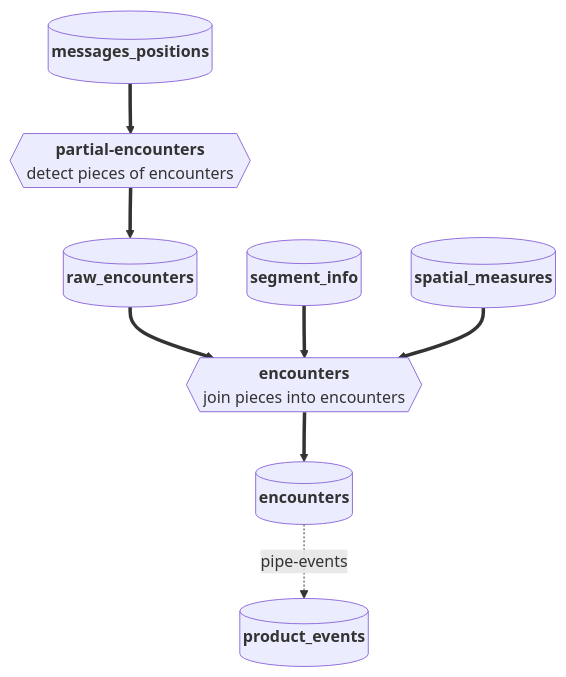
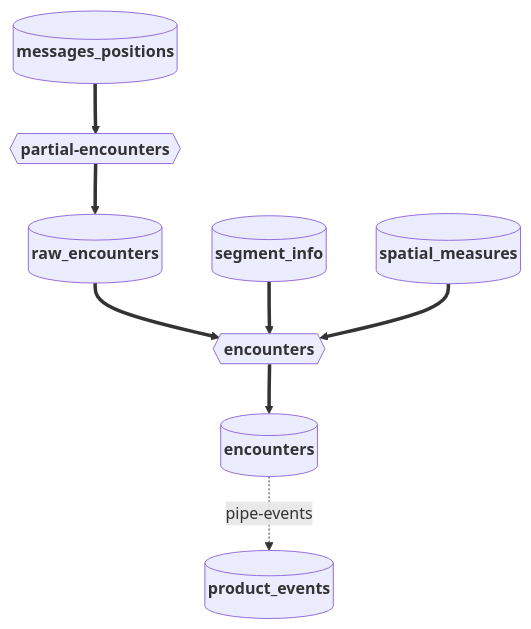
The diagram in README.md (GlobalFishingWatch/pipe-encounters), drawn with Mermaid before and after one commit.

Commit message:
Drop the subtitles of the commands in the README diagram

````diff
--- a/README.md
+++ b/README.md
@@ -77,23 +77,23 @@
 ```mermaid
 ---
 config:
   look: classic
   layout: dagre
   flowchart:
     wrappingWidth: 400
     padding: 6
 ---
 flowchart TD
     MP[("<b>messages_positions</b>")]
     SI[("<b>segment_info</b>")]
     SM[("<b>spatial_measures</b>")]
     RE[("<b>raw_encounters</b>")]
     EN[("<b>encounters</b>")]
     EV[("<b>product_events</b>")]
-    PC{{"<b>partial-encounters</b><br/>detect pieces of encounters"}}
-    JC{{"<b>encounters</b><br/>join pieces into encounters"}}
+    PC{{"<b>partial-encounters</b>"}}
+    JC{{"<b>encounters</b>"}}
 
     MP ==> PC ==> RE ==> JC ==> EN -. pipe-events .-> EV
     SI ==> JC
     SM ==> JC
 ```
````
